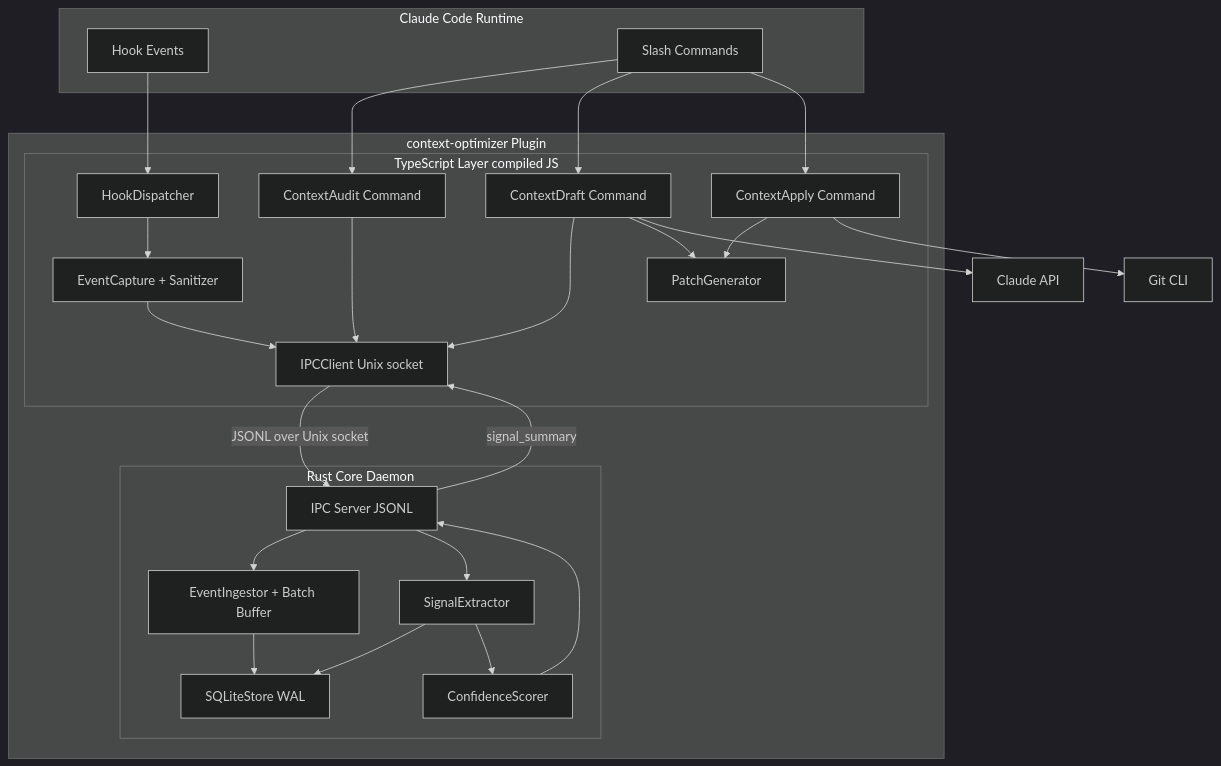
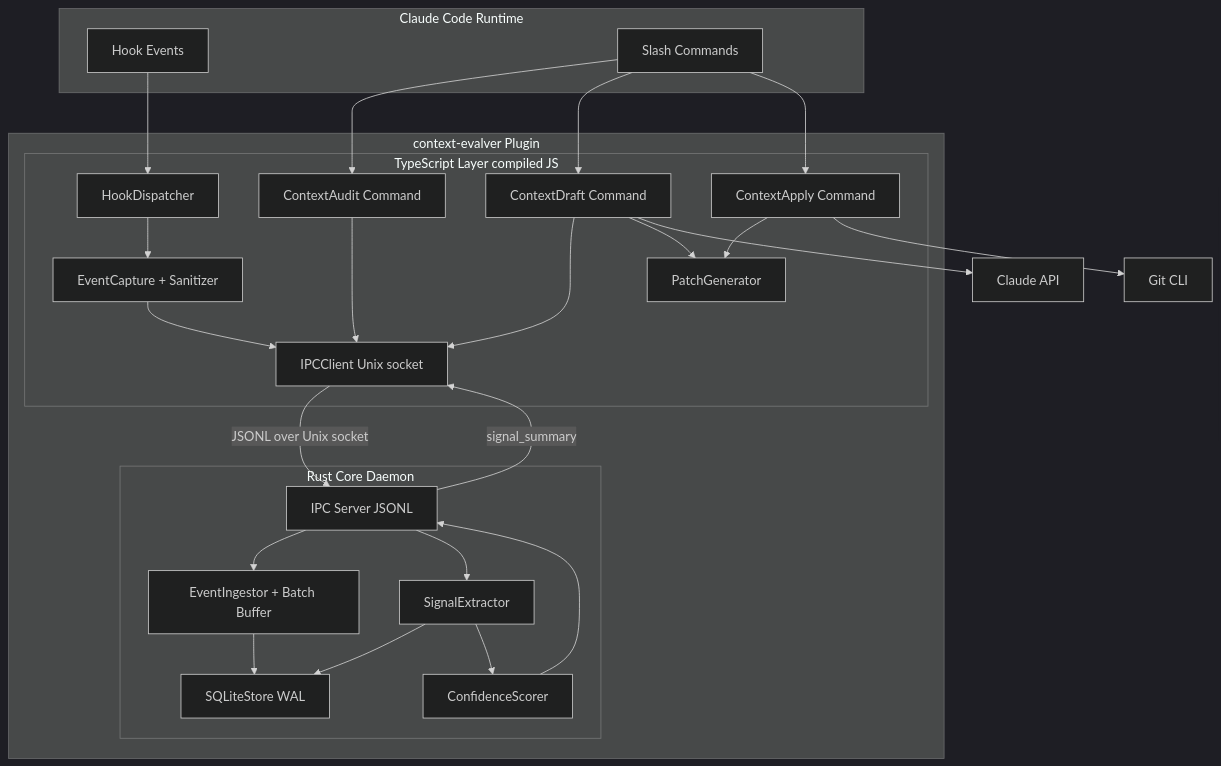
Before and after one commit to hiromaily/context-evalver: the first of 4 diagrams in .kiro/specs/initial-development/design.md, drawn with Mermaid (dark theme). The commit also changed other lines of this file and 6293 other files, not shown here.

First line of the commit message:
Rename context-optimizer to context-evalver across entire codebase

````diff
--- a/.kiro/specs/initial-development/design.md
+++ b/.kiro/specs/initial-development/design.md
@@ -35,53 +35,53 @@
 ```mermaid
 graph TB
     subgraph ClaudeCode[Claude Code Runtime]
         Hooks[Hook Events]
         Skills[Slash Commands]
     end
 
-    subgraph Plugin[context-optimizer Plugin]
+    subgraph Plugin[context-evalver Plugin]
         subgraph TSLayer[TypeScript Layer compiled JS]
             HookDispatch[HookDispatcher]
             EventCapture[EventCapture + Sanitizer]
             IPCClient[IPCClient Unix socket]
             CmdAudit[ContextAudit Command]
             CmdDraft[ContextDraft Command]
             CmdApply[ContextApply Command]
             PatchGen[PatchGenerator]
         end
 
         subgraph RustCore[Rust Core Daemon]
             IPCServer[IPC Server JSONL]
             Ingest[EventIngestor + Batch Buffer]
             DB[SQLiteStore WAL]
             Signals[SignalExtractor]
             Confidence[ConfidenceScorer]
         end
     end
 
     LLM[Claude API]
     GitCLI[Git CLI]
 
     Hooks --> HookDispatch
     Skills --> CmdAudit
     Skills --> CmdDraft
     Skills --> CmdApply
 
     HookDispatch --> EventCapture
     EventCapture --> IPCClient
     IPCClient -->|JSONL over Unix socket| IPCServer
     IPCServer --> Ingest
     Ingest --> DB
     IPCServer --> Signals
     Signals --> DB
     Signals --> Confidence
     Confidence --> IPCServer
     IPCServer -->|signal_summary| IPCClient
 
     CmdAudit --> IPCClient
     CmdDraft --> IPCClient
     CmdDraft --> PatchGen
     CmdDraft --> LLM
     CmdApply --> PatchGen
     CmdApply --> GitCLI
 ```
````
